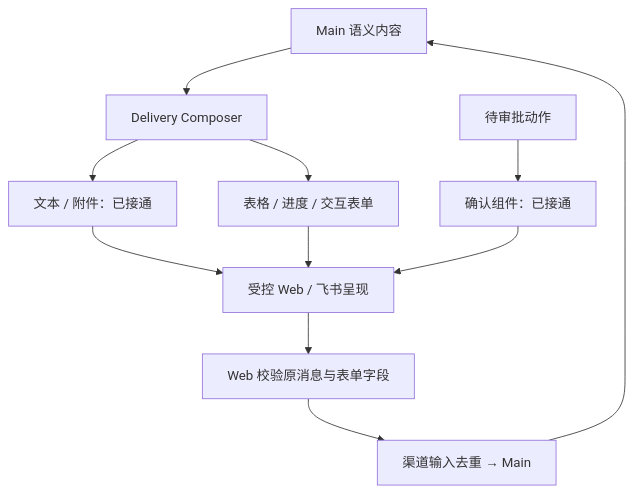
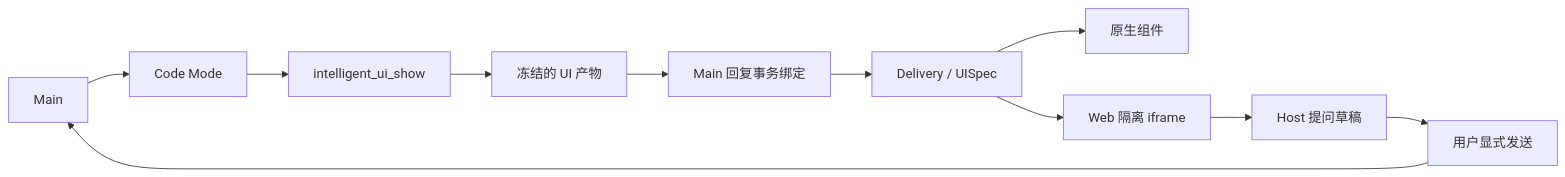
The diagram in docs/designs/intelligent-ui.md (z-chenhao/assistant), drawn with Mermaid before and after one commit. The commit also changed other lines of this file and 263 other files, not shown here.

First line of the commit message:
feat(runtime): native Go protocols, Code Mode and intelligent UI (#152)

````diff
--- a/docs/designs/intelligent-ui.md
+++ b/docs/designs/intelligent-ui.md
@@ -11,13 +9,13 @@
 ```mermaid
-flowchart TD
-    M["Main 语义内容"] --> C["Delivery Composer"]
-    C --> T["文本 / 附件：已接通"]
-    A["待审批动作"] --> K["确认组件：已接通"]
-    C --> R["表格 / 进度 / 交互表单"]
-    T --> V["受控 Web / 飞书呈现"]
-    K --> V
-    R --> V
-    V --> F["Web 校验原消息与表单字段"]
-    F --> I["渠道输入去重 → Main"]
-    I --> M
+flowchart LR
+    M[Main] --> C[Code Mode]
+    C --> T[intelligent_ui_show]
+    T --> W[冻结的 UI 产物]
+    W --> R[Main 回复事务绑定]
+    R --> D[Delivery / UISpec]
+    D --> N[原生组件]
+    D --> S[Web 隔离 iframe]
+    S --> P[Host 提问草稿]
+    P --> U[用户显式发送]
+    U --> M
 ```
````
